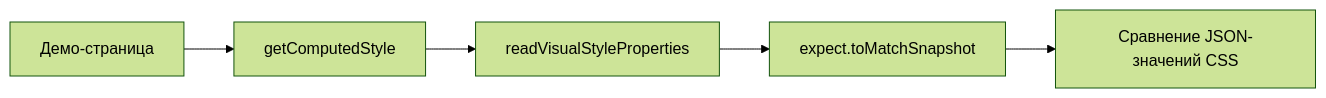
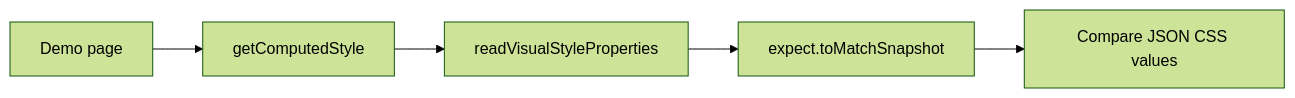
One commit to InsonusK/ai-skills changed the diagram in skills/angular/architecture/v3.1/solutions/solution-ui-testing.skill/glossary/style-snapshot-testing.md. Above: the diagram before and after it, drawn with Mermaid (forest theme). The commit also changed other lines of this file and 90 other files, not shown here.

````diff
--- a/skills/angular/architecture/v3.1/solutions/solution-ui-testing.skill/glossary/style-snapshot-testing.md
+++ b/skills/angular/architecture/v3.1/solutions/solution-ui-testing.skill/glossary/style-snapshot-testing.md
@@ -17,7 +17,7 @@
 ```mermaid
 flowchart LR
-  A[Демо-страница] --> B[getComputedStyle]
+  A[Demo page] --> B[getComputedStyle]
   B --> C[readVisualStyleProperties]
   C --> D[expect.toMatchSnapshot]
-  D --> E[Сравнение JSON-значений CSS]
+  D --> E[Compare JSON CSS values]
 ```
````
